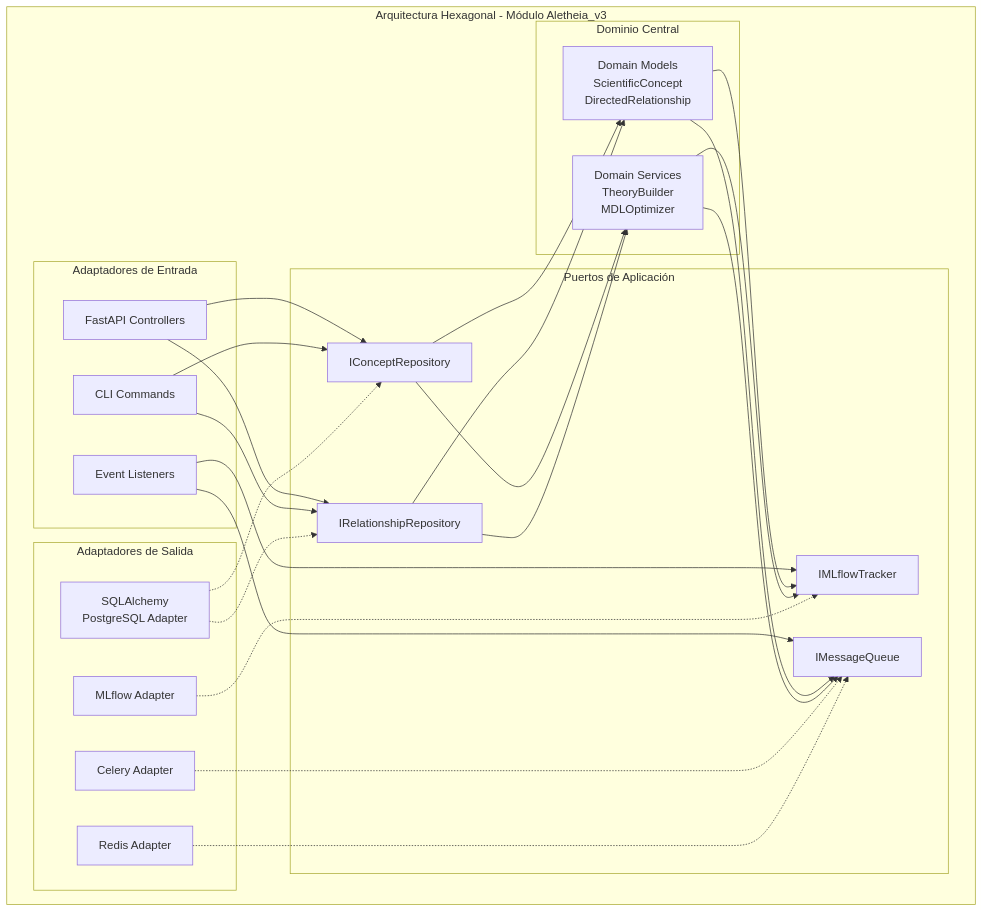
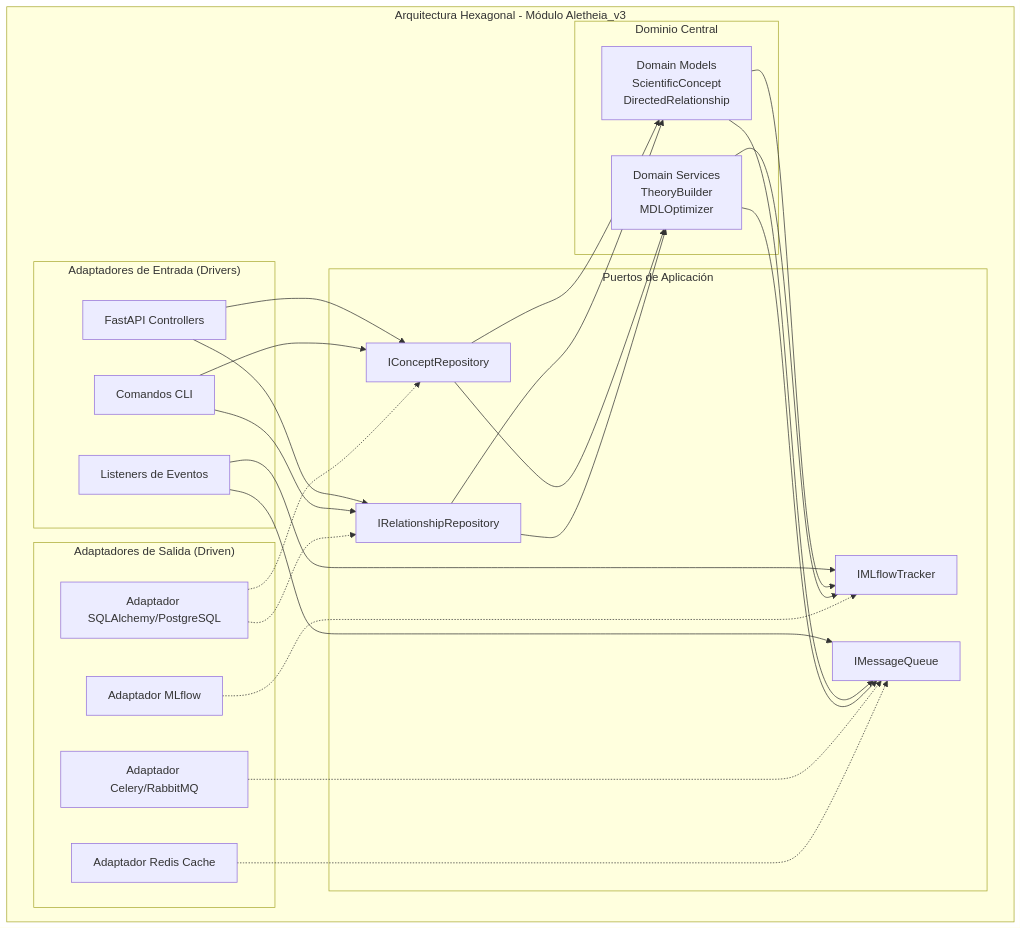
The third of 4 diagrams in README.md (SunNeurotron/Aletheia), drawn with Mermaid before and after one commit. The commit also changed other lines of this file, not shown here.

````diff
--- a/README.md
+++ b/README.md
@@ -140,40 +182,34 @@
 ```mermaid
 graph TD
     subgraph "Arquitectura Hexagonal - Módulo Aletheia_v3"
         subgraph "Dominio Central"
             DOM[Domain Models<br/>ScientificConcept<br/>DirectedRelationship]
             DS[Domain Services<br/>TheoryBuilder<br/>MDLOptimizer]
         end
-
         subgraph "Puertos de Aplicación"
             P1[IConceptRepository]
             P2[IRelationshipRepository]
             P3[IMLflowTracker]
             P4[IMessageQueue]
         end
-
-        subgraph "Adaptadores de Entrada"
+        subgraph "Adaptadores de Entrada (Drivers)"
             API[FastAPI Controllers]
-            CLI[CLI Commands]
-            EVT[Event Listeners]
+            CLI[Comandos CLI]
+            EVT[Listeners de Eventos]
         end
-
-        subgraph "Adaptadores de Salida"
-            SQL[SQLAlchemy<br/>PostgreSQL Adapter]
-            MLF2[MLflow Adapter]
-            CEL[Celery Adapter]
-            RED[Redis Adapter]
+        subgraph "Adaptadores de Salida (Driven)"
+            SQL[Adaptador SQLAlchemy/PostgreSQL]
+            MLF2[Adaptador MLflow]
+            CEL[Adaptador Celery/RabbitMQ]
+            RED[Adaptador Redis Cache]
         end
-
         API --> P1 & P2
         CLI --> P1 & P2
         EVT --> P3 & P4
-
         P1 & P2 --> DOM & DS
         DOM & DS --> P3 & P4
-
         SQL -.-> P1 & P2
         MLF2 -.-> P3
         CEL & RED -.-> P4
     end
 ```
````
